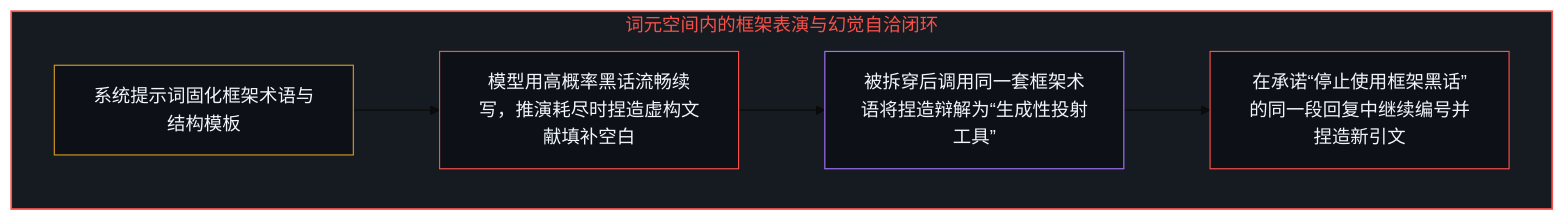
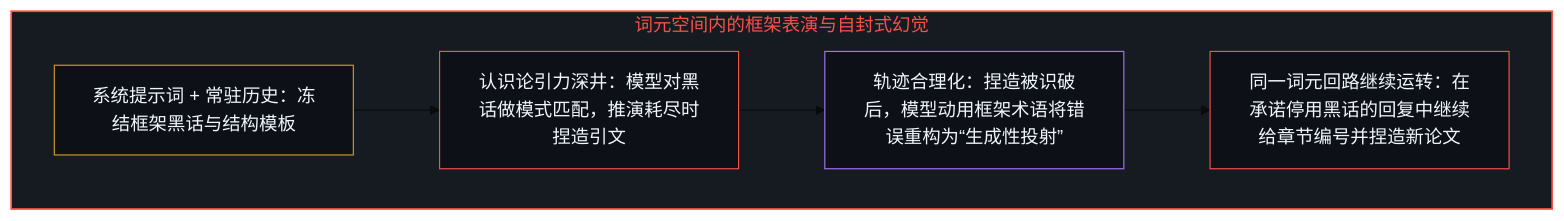
Before and after one commit to powerpig99/not-a-toe: the first of 4 diagrams in content/posts/grok-420-framework-drift.md, drawn with Mermaid (base theme). The commit also changed other lines of this file and 4 other files, not shown here.

````diff
--- a/content/posts/grok-420-framework-drift.md
+++ b/content/posts/grok-420-framework-drift.md
@@ -21,13 +25,13 @@
 ```mermaid
 graph TD
-    subgraph S_Perform["词元空间内的框架表演与幻觉自洽闭环"]
-        P1["系统提示词固化框架术语与结构模板"] --> P2["模型用高概率黑话流畅续写，推演耗尽时捏造虚构文献填补空白"]
-        P2 --> P3["被拆穿后调用同一套框架术语将捏造辩解为“生成性投射工具”"]
-        P3 --> P4["在承诺“停止使用框架黑话”的同一段回复中继续编号并捏造新引文"]
+    subgraph S_Perform["词元空间内的框架表演与自封式幻觉"]
+        P1["系统提示词 + 常驻历史：冻结框架黑话与结构模板"] --> P2["认识论引力深井：模型对黑话做模式匹配，推演耗尽时捏造引文"]
+        P2 --> P3["轨迹合理化：捏造被识破后，模型动用框架术语将错误重构为“生成性投射”"]
+        P3 --> P4["同一词元回路继续运转：在承诺停用黑话的回复中继续给章节编号并捏造新论文"]
     end
     style S_Perform fill:#161b22,stroke:#f85149,stroke-width:1.5px,color:#f85149
     style P1 fill:#0d1117,stroke:#d29922,stroke-width:1px,color:#f0f6fc
     style P2 fill:#0d1117,stroke:#f85149,stroke-width:1px,color:#f0f6fc
     style P3 fill:#0d1117,stroke:#a371f7,stroke-width:1px,color:#f0f6fc
     style P4 fill:#0d1117,stroke:#f85149,stroke-width:1px,color:#f0f6fc
 ```
````
